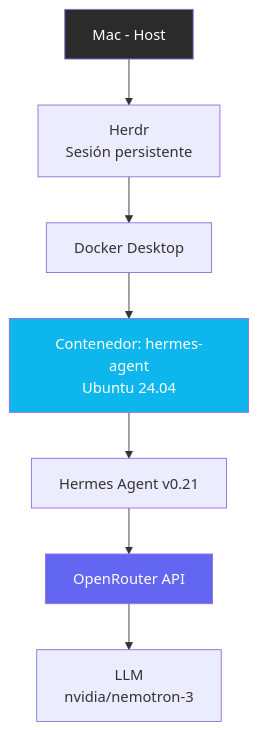
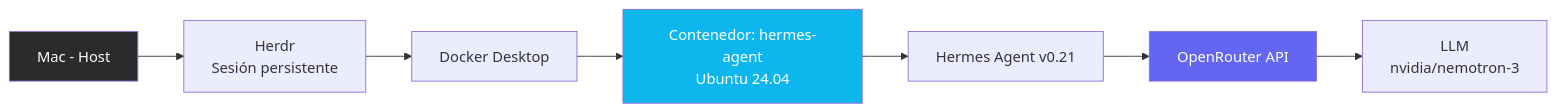
The diagram in README.md (itica-spa/hermes-infra), drawn with Mermaid before and after one commit.

Commit message:
Cambiar orientación del diagrama a horizontal para reducir altura

````diff
--- a/README.md
+++ b/README.md
@@ -19,13 +19,13 @@
 ```mermaid
-flowchart TD
+flowchart LR
     A[Mac - Host] --> B[Herdr<br/>Sesión persistente]
     B --> C[Docker Desktop]
     C --> D[Contenedor: hermes-agent<br/>Ubuntu 24.04]
     D --> E[Hermes Agent v0.21]
     E --> F[OpenRouter API]
     F --> G[LLM<br/>nvidia/nemotron-3]
 
     style A fill:#2b2b2b,color:#fff
     style D fill:#0db7ed,color:#fff
     style F fill:#6366f1,color:#fff
 ```
````
